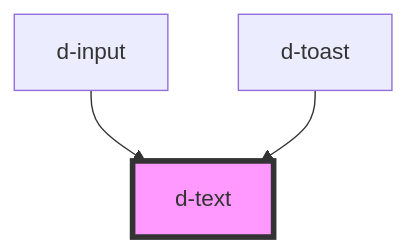
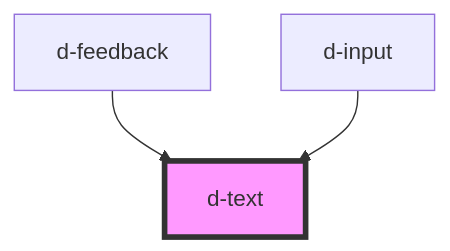
One commit to ForkbombEu/didroom-components changed the diagram in src/components/text/readme.md. Above: the diagram before and after it, drawn with Mermaid. The commit also changed other lines of this file and 8 other files, not shown here.

Commit message:
refactor: rename toast to feedback and put classes inline

````diff
--- a/src/components/text/readme.md
+++ b/src/components/text/readme.md
@@ -24,6 +24,6 @@
 ```mermaid
 graph TD;
+  d-feedback --> d-text
   d-input --> d-text
-  d-toast --> d-text
   style d-text fill:#f9f,stroke:#333,stroke-width:4px
 ```
````
